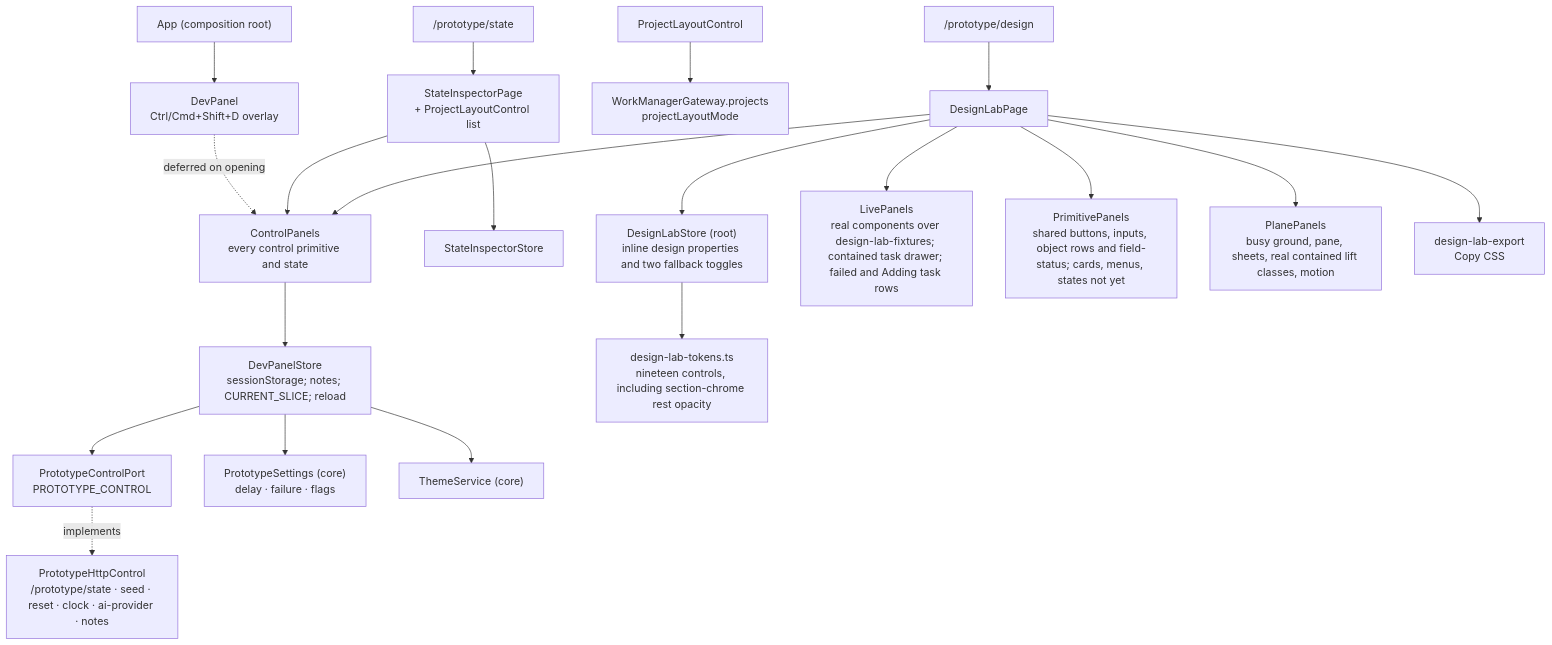
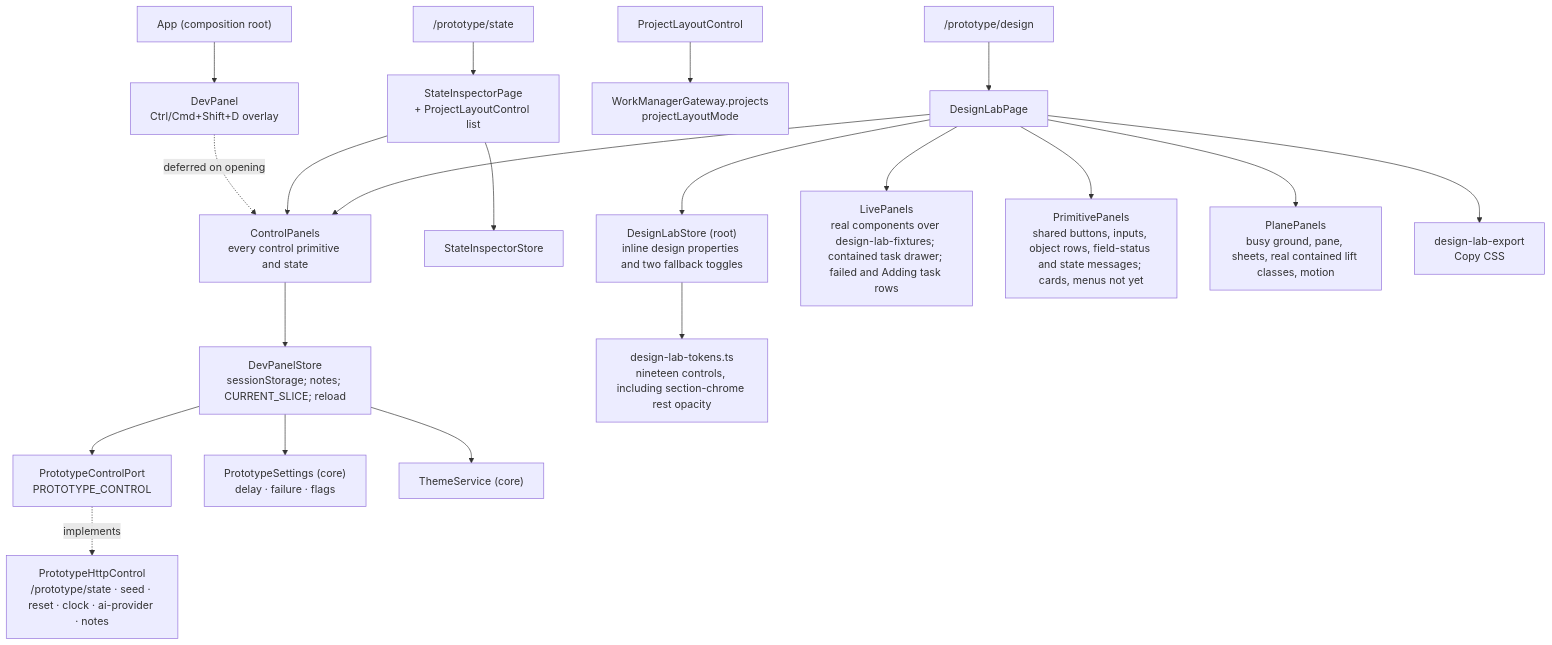
One commit to CalciteDragon/Canvas-work-manager-prototype changed the diagram in docs/architecture/web/prototype-tooling/what.md. Above: the diagram before and after it, drawn with Mermaid. The commit also changed 4 other files, not shown here.

Commit message:
docs(slice 78): web and Lab docs say the shared failure form exists; drop the dead archived-region error class (§21, §24, §67)

````diff
--- a/docs/architecture/web/prototype-tooling/what.md
+++ b/docs/architecture/web/prototype-tooling/what.md
@@ -5,22 +5,22 @@
 ```mermaid
 flowchart TB
   app["App (composition root)"] --> panel["DevPanel<br/>Ctrl/Cmd+Shift+D overlay"]
   route["/prototype/state"] --> inspector["StateInspectorPage<br/>+ ProjectLayoutControl list"]
   panel -. "deferred on opening" .-> controls["DevPanelControls<br/>the one implementation of every control"]
   inspector --> controls
   controls --> dstore["DevPanelStore<br/>sessionStorage; notes; CURRENT_SLICE; reload"]
   inspector --> istore["StateInspectorStore"]
   dstore --> port["PrototypeControlPort<br/>PROTOTYPE_CONTROL"]
   port -. implements .-> http["PrototypeHttpControl<br/>/prototype/state · seed · reset · clock · ai-provider · notes"]
   dstore --> settings["PrototypeSettings (core)<br/>delay · failure · flags"]
   dstore --> theme["ThemeService (core)"]
   layout["ProjectLayoutControl"] --> gw["WorkManagerGateway.projects<br/>projectLayoutMode"]
   route2["/prototype/design"] --> lab["DesignLabPage"]
   lab --> lstore["DesignLabStore (root)<br/>inline design properties and two fallback toggles"]
   lab --> live["LivePanels<br/>real components over design-lab-fixtures; contained task drawer; failed and Adding task rows"]
-  lab --> prim["PrimitivePanels<br/>shared buttons, inputs, object rows and field-status; cards, menus, states not yet"]
+  lab --> prim["PrimitivePanels<br/>shared buttons, inputs, object rows, field-status and state messages; cards, menus not yet"]
   lab --> controls["ControlPanels<br/>every control primitive and state"]
   lab --> planes["PlanePanels<br/>busy ground, pane, sheets, real contained lift classes, motion"]
   lab --> export["design-lab-export<br/>Copy CSS"]
   lstore --> tokens["design-lab-tokens.ts<br/>nineteen controls, including section-chrome rest opacity"]
 ```
````
